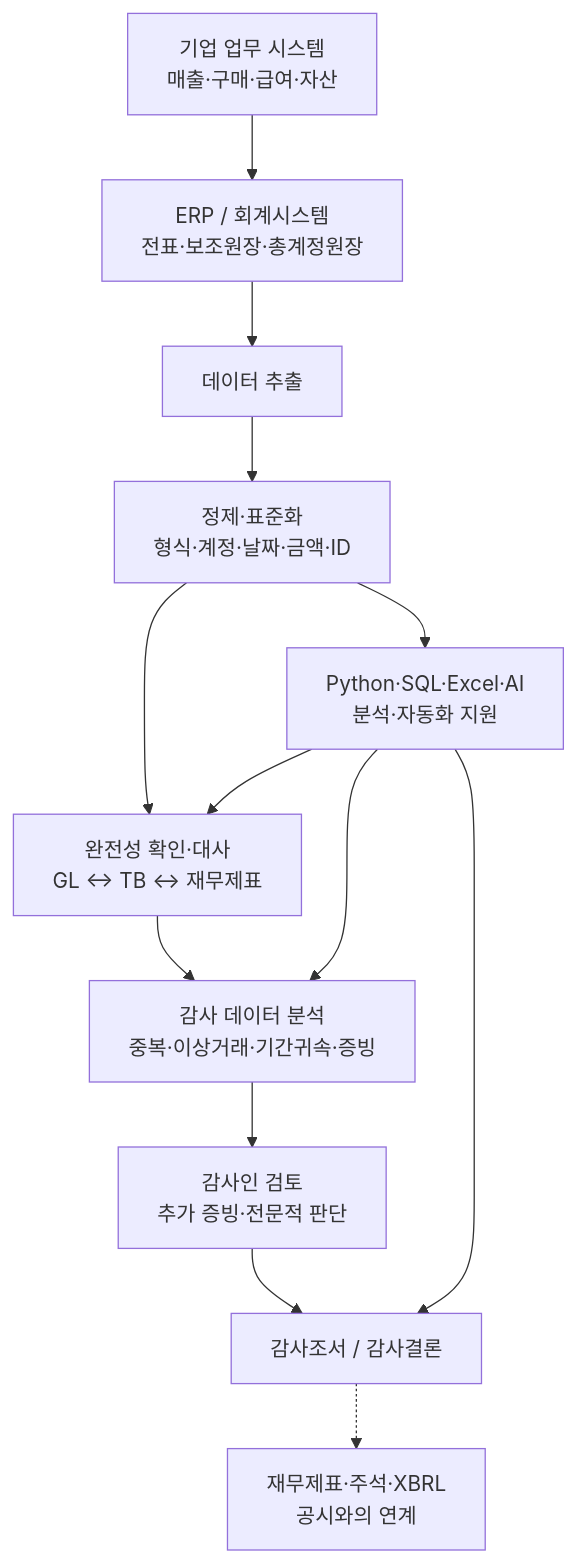
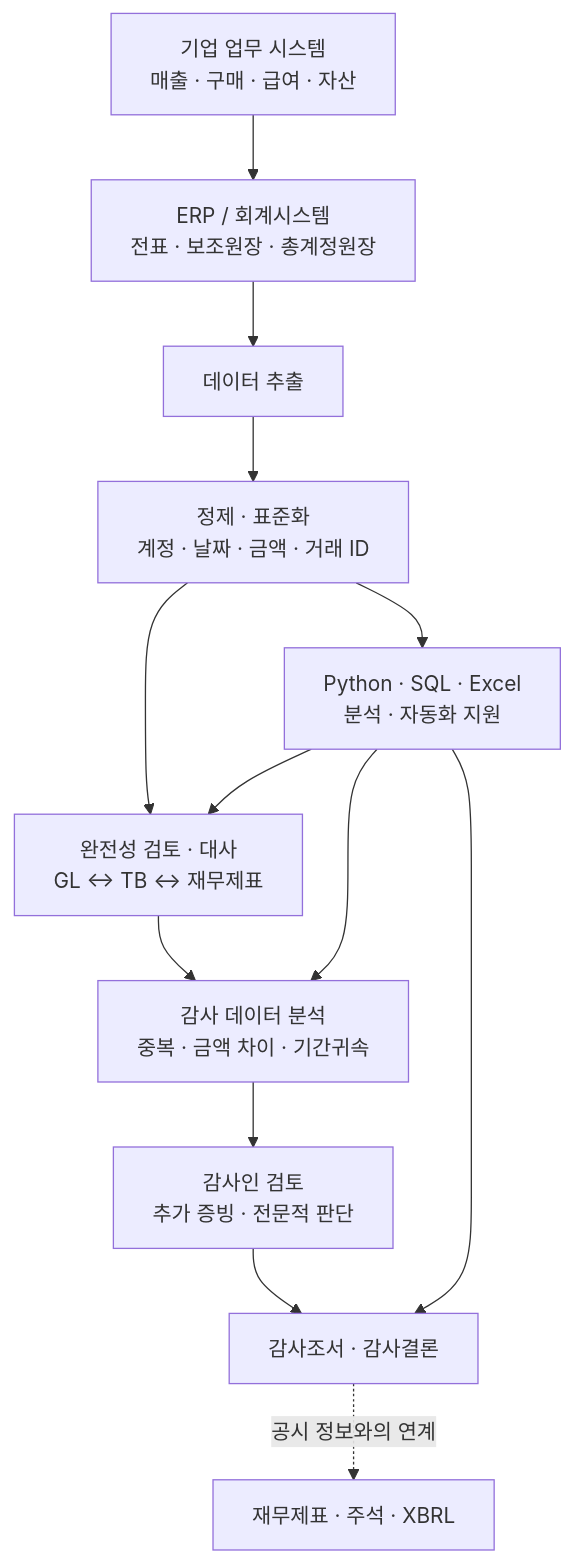
The diagram in README.md (newspring0203/audit-data-lab), drawn with Mermaid before and after one commit. The commit also changed other lines of this file, not shown here.

````diff
--- a/README.md
+++ b/README.md
@@ -19,15 +33,15 @@
 ```mermaid
 flowchart TD
-    A["기업 업무 시스템<br/>매출·구매·급여·자산"] --> B["ERP / 회계시스템<br/>전표·보조원장·총계정원장"]
+    A["기업 업무 시스템<br/>매출 · 구매 · 급여 · 자산"] --> B["ERP / 회계시스템<br/>전표 · 보조원장 · 총계정원장"]
     B --> C["데이터 추출"]
-    C --> D["정제·표준화<br/>형식·계정·날짜·금액·ID"]
-    D --> E["완전성 확인·대사<br/>GL ↔ TB ↔ 재무제표"]
-    E --> F["감사 데이터 분석<br/>중복·이상거래·기간귀속·증빙"]
-    F --> G["감사인 검토<br/>추가 증빙·전문적 판단"]
-    G --> H["감사조서 / 감사결론"]
-    H -.-> I["재무제표·주석·XBRL<br/>공시와의 연계"]
-    D --> J["Python·SQL·Excel·AI<br/>분석·자동화 지원"]
+    C --> D["정제 · 표준화<br/>계정 · 날짜 · 금액 · 거래 ID"]
+    D --> E["완전성 검토 · 대사<br/>GL ↔ TB ↔ 재무제표"]
+    E --> F["감사 데이터 분석<br/>중복 · 금액 차이 · 기간귀속"]
+    F --> G["감사인 검토<br/>추가 증빙 · 전문적 판단"]
+    G --> H["감사조서 · 감사결론"]
+    H -. "공시 정보와의 연계" .-> I["재무제표 · 주석 · XBRL"]
+    D --> J["Python · SQL · Excel<br/>분석 · 자동화 지원"]
     J --> E
     J --> F
     J --> H
 ```
````
